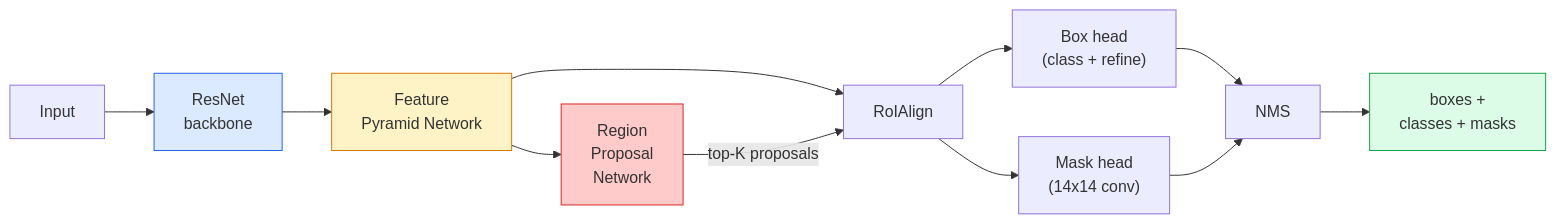
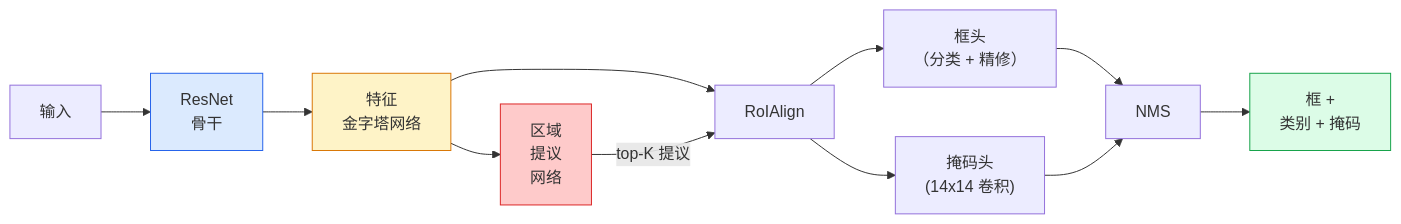
One commit to alessandrodinisio-ai/ai-engineering-learning-framework changed the diagram in phases/04-computer-vision/08-instance-segmentation-mask-rcnn/docs/en.md. Above: the diagram before and after it, drawn with Mermaid. The commit also changed other lines of this file and 443 other files, not shown here.

First line of the commit message:
feat(zh): 完成 435 节课程文档 + README/ROADMAP/术语表 + 网站 UI 全量中文化

````diff
--- a/phases/04-computer-vision/08-instance-segmentation-mask-rcnn/docs/en.md
+++ b/phases/04-computer-vision/08-instance-segmentation-mask-rcnn/docs/en.md
@@ -29,18 +29,18 @@
 ```mermaid
 flowchart LR
-    IMG["Input"] --> BB["ResNet<br/>backbone"]
-    BB --> FPN["Feature<br/>Pyramid Network"]
-    FPN --> RPN["Region<br/>Proposal<br/>Network"]
+    IMG["输入"] --> BB["ResNet<br/>骨干"]
+    BB --> FPN["特征<br/>金字塔网络"]
+    FPN --> RPN["区域<br/>提议<br/>网络"]
     FPN --> RA["RoIAlign"]
-    RPN -->|"top-K proposals"| RA
-    RA --> BH["Box head<br/>(class + refine)"]
-    RA --> MH["Mask head<br/>(14x14 conv)"]
+    RPN -->|"top-K 提议"| RA
+    RA --> BH["框头<br/>（分类 + 精修）"]
+    RA --> MH["掩码头<br/>(14x14 卷积)"]
     BH --> NMS["NMS"]
     MH --> NMS
-    NMS --> OUT["boxes +<br/>classes + masks"]
+    NMS --> OUT["框 +<br/>类别 + 掩码"]
 
     style BB fill:#dbeafe,stroke:#2563eb
     style FPN fill:#fef3c7,stroke:#d97706
     style RPN fill:#fecaca,stroke:#dc2626
     style OUT fill:#dcfce7,stroke:#16a34a
 ```
````
